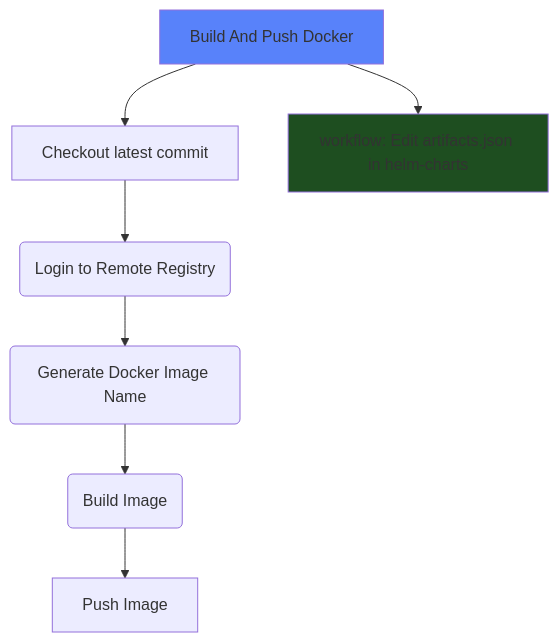
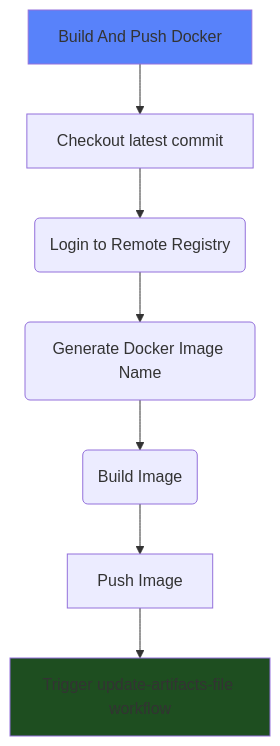
One commit to MapColonies/shared-workflows changed the first of 5 diagrams in README.md. Above: the diagram before and after it, drawn with Mermaid. The commit also changed other lines of this file, not shown here.

Commit message:
docs: refactored related workflow

````diff
--- a/README.md
+++ b/README.md
@@ -16,11 +16,11 @@
 ```mermaid
 flowchart TD
     classDef head fill:#5882FA
     classDef workflow fill:#1E4E20
     A[Build And Push Docker]:::head --> B[Checkout latest commit]
     B --> C(Login to Remote Registry)
     C --> D(Generate Docker Image Name)
     D --> E( Build Image)
     E --> F[Push Image]
-    A --> G[workflow: Edit artifacts.json in helm-charts]:::workflow
+    F --> G[Trigger update-artifacts-file workflow]:::workflow
 ```
````
